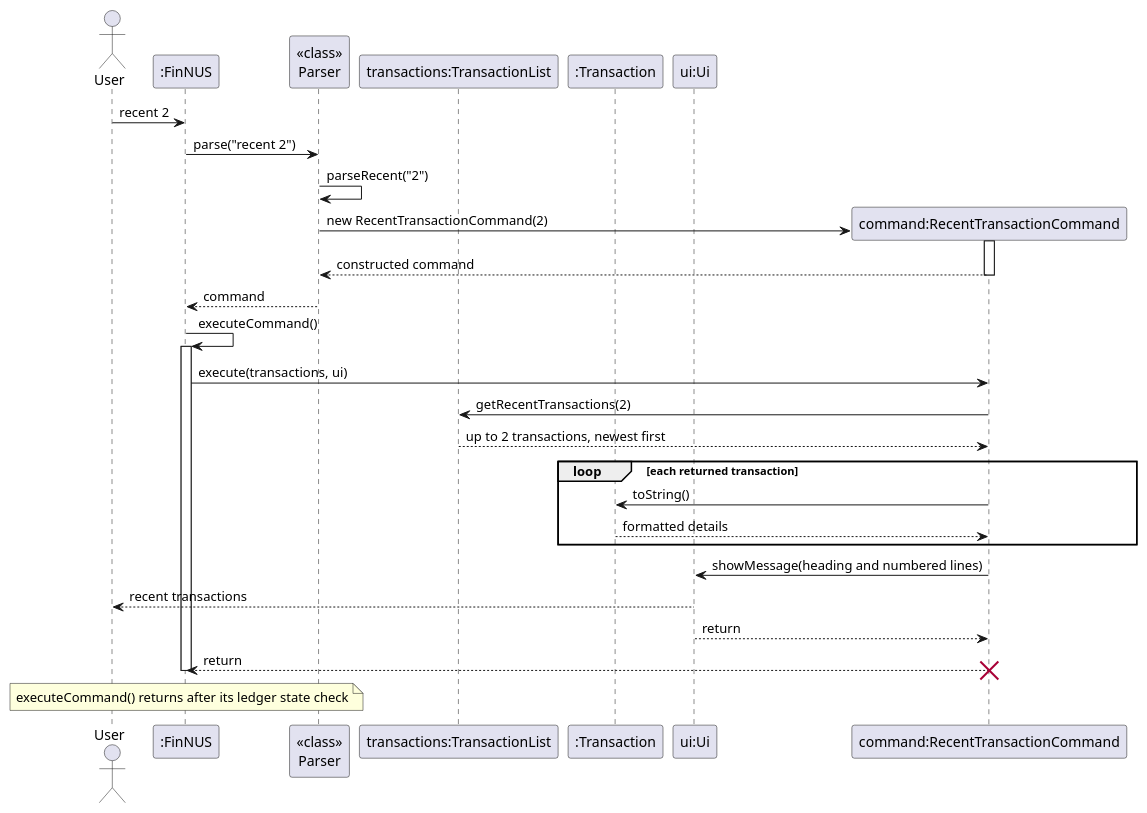
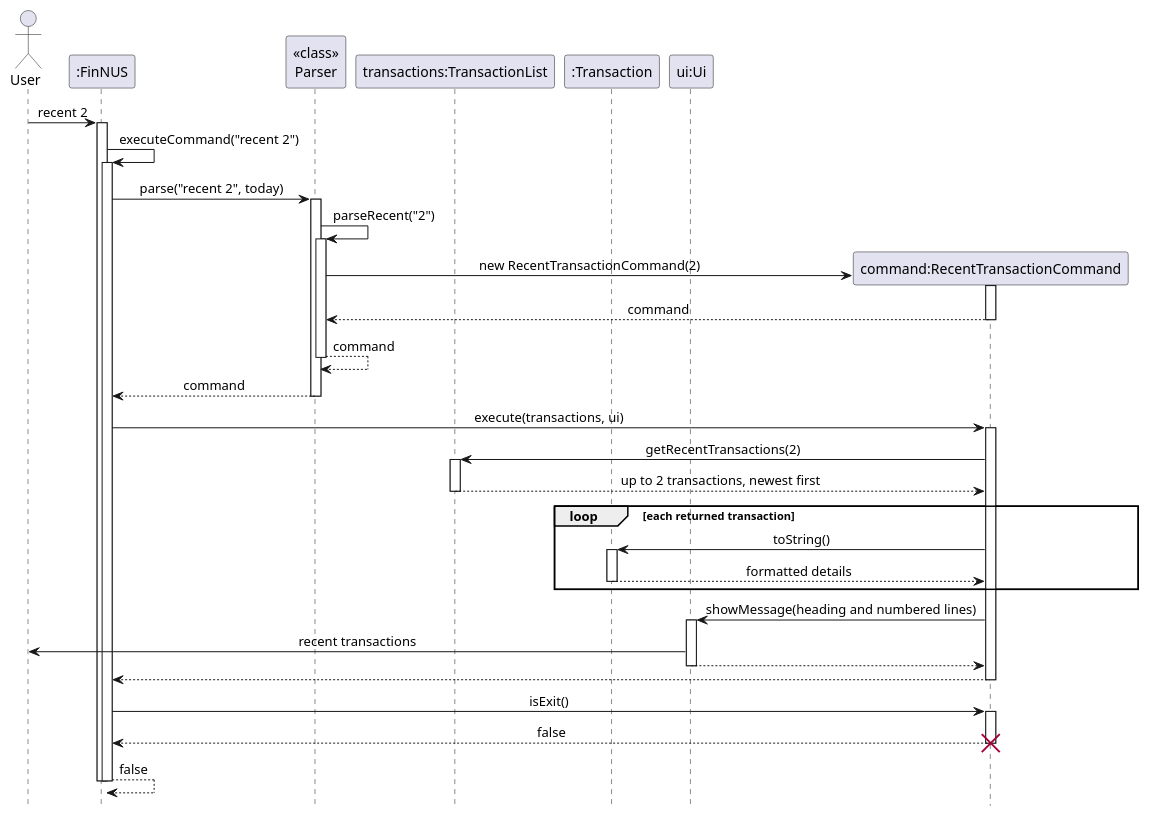
Before and after one commit to AY2627S1-CS2113-W13-2/tp: the diagram in docs/diagrams/RecentSequenceDiagram.puml, drawn with PlantUML. The commit also changed 6 other files, not shown here.

First line of the commit message:
Fix sequence diagram notation from peer review

```diff
--- a/docs/diagrams/RecentSequenceDiagram.puml
+++ b/docs/diagrams/RecentSequenceDiagram.puml
@@ -1,34 +1,61 @@
 @startuml RecentCommandSequenceDiagram
+' Sequence diagram for "recent 2".
+' Logging, allowance crediting, the ledger state check and saving are left out.
+hide footbox
+skinparam shadowing false
+skinparam sequenceMessageAlign center
+
 actor User
 participant ":FinNUS" as FinNUS
 participant "<<class>>\nParser" as Parser
 participant "transactions:TransactionList" as Ledger
 participant ":Transaction" as Transaction
 participant "ui:Ui" as Ui
 
-User -> FinNUS: recent 2
-FinNUS -> Parser: parse("recent 2")
-Parser -> Parser: parseRecent("2")
+User -> FinNUS : recent 2
+activate FinNUS
+FinNUS -> FinNUS : executeCommand("recent 2")
+activate FinNUS
+FinNUS -> Parser : parse("recent 2", today)
+activate Parser
+Parser -> Parser : parseRecent("2")
+activate Parser
 create "command:RecentTransactionCommand" as Recent
-Parser -> Recent: new RecentTransactionCommand(2)
+Parser -> Recent : new RecentTransactionCommand(2)
 activate Recent
-Recent --> Parser: constructed command
+Recent --> Parser : command
 deactivate Recent
-Parser --> FinNUS: command
-FinNUS -> FinNUS: executeCommand()
-activate FinNUS
-FinNUS -> Recent: execute(transactions, ui)
-Recent -> Ledger: getRecentTransactions(2)
-Ledger --> Recent: up to 2 transactions, newest first
+Parser --> Parser : command
+deactivate Parser
+Parser --> FinNUS : command
+deactivate Parser
+
+FinNUS -> Recent : execute(transactions, ui)
+activate Recent
+Recent -> Ledger : getRecentTransactions(2)
+activate Ledger
+Ledger --> Recent : up to 2 transactions, newest first
+deactivate Ledger
 loop each returned transaction
-    Recent -> Transaction: toString()
-    Transaction --> Recent: formatted details
+    Recent -> Transaction : toString()
+    activate Transaction
+    Transaction --> Recent : formatted details
+    deactivate Transaction
 end
-Recent -> Ui: showMessage(heading and numbered lines)
-Ui --> User: recent transactions
-Ui --> Recent: return
-Recent --> FinNUS: return
+Recent -> Ui : showMessage(heading and numbered lines)
+activate Ui
+Ui -> User : recent transactions
+Ui --> Recent
+deactivate Ui
+Recent --> FinNUS
+deactivate Recent
+
+FinNUS -> Recent : isExit()
+activate Recent
+Recent --> FinNUS : false
+deactivate Recent
+destroy Recent
+FinNUS --> FinNUS : false
 deactivate FinNUS
-note over FinNUS: executeCommand() returns after its ledger state check
-destroy Recent
+deactivate FinNUS
 @enduml
```
